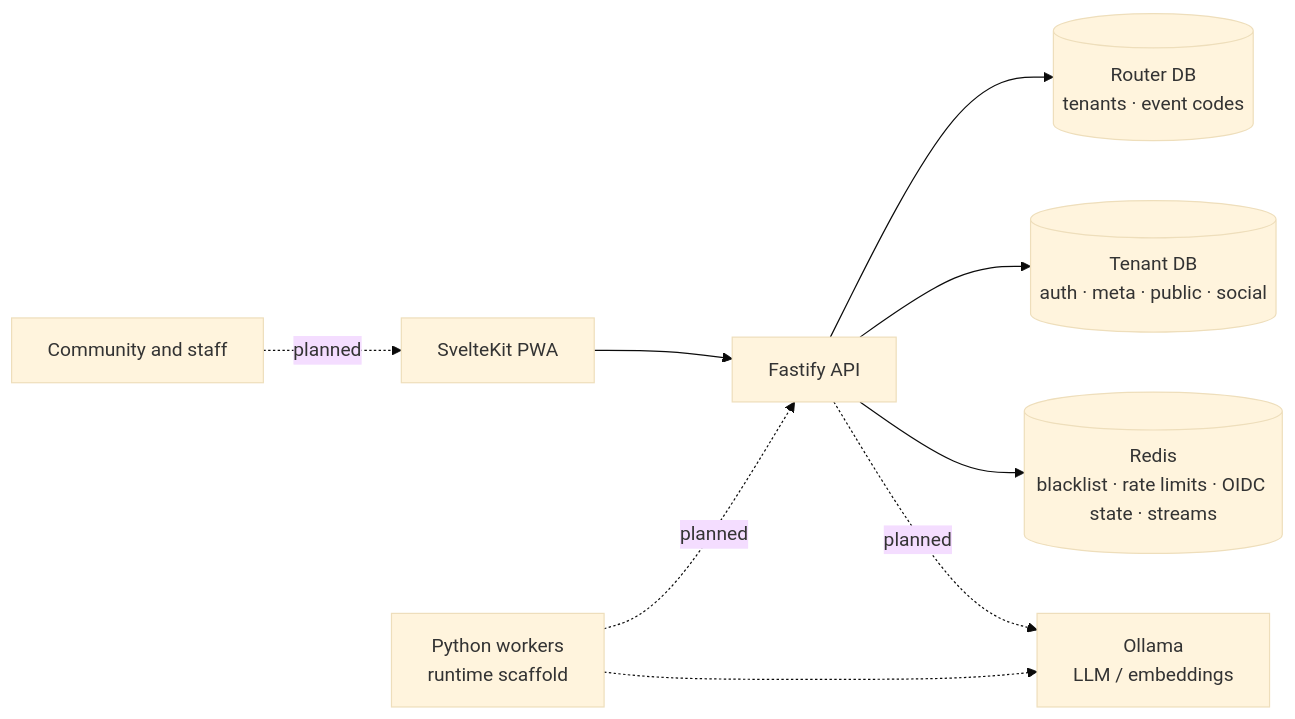
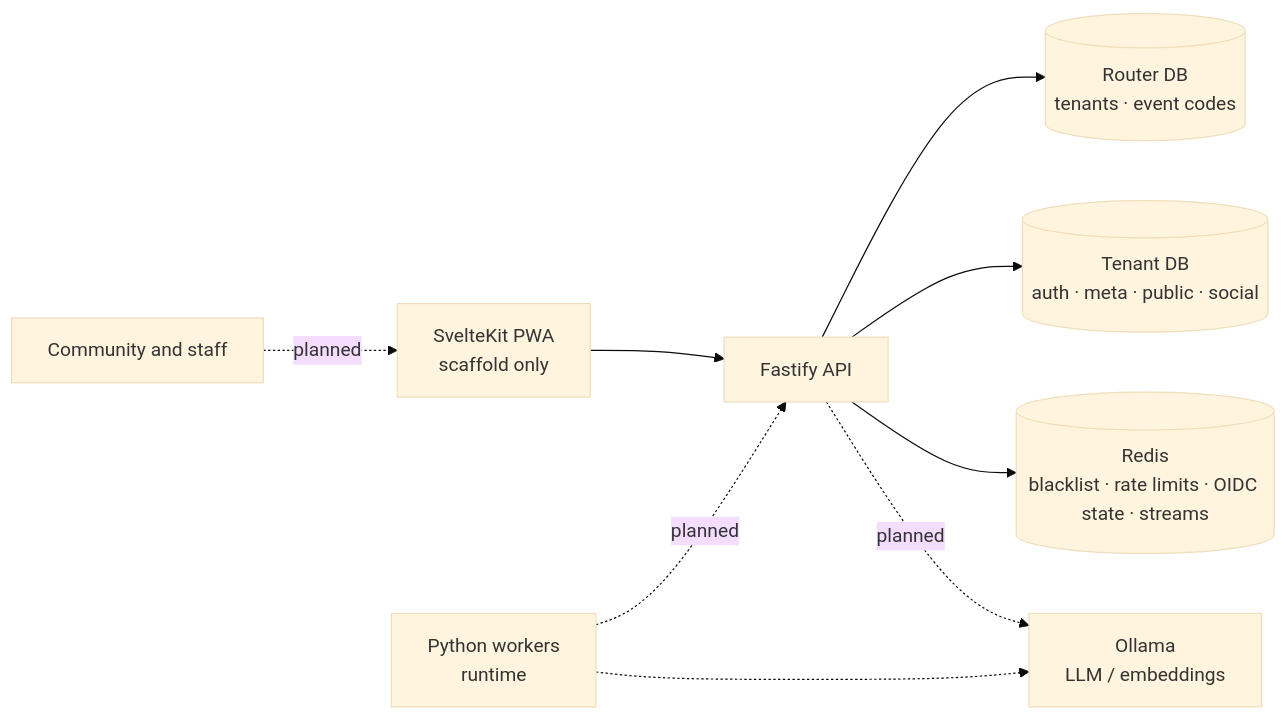
One commit to Juanc0/vozlab changed the diagram in docs/architecture.md. Above: the diagram before and after it, drawn with Mermaid (base theme). The commit also changed other lines of this file and 39 other files, not shown here.

First line of the commit message:
feat(web): the SvelteKit 5 PWA scaffold (roadmap 3.1)

````diff
--- a/docs/architecture.md
+++ b/docs/architecture.md
@@ -7,11 +7,11 @@
 ```mermaid
 flowchart LR
-  U["Community and staff"] -. planned .-> PWA["SvelteKit PWA"]
+  U["Community and staff"] -. planned .-> PWA["SvelteKit PWA<br/>scaffold only"]
   PWA --> API["Fastify API"]
-  W["Python workers<br/>runtime scaffold"] -. planned .-> API
+  W["Python workers<br/>runtime"] -. planned .-> API
   API --> R[("Router DB<br/>tenants · event codes")]
   API --> T[("Tenant DB<br/>auth · meta · public · social")]
   API --> REDIS[("Redis<br/>blacklist · rate limits · OIDC state · streams")]
   API -. planned .-> OLLAMA["Ollama<br/>LLM / embeddings"]
   W -.-> OLLAMA
 ```
````
